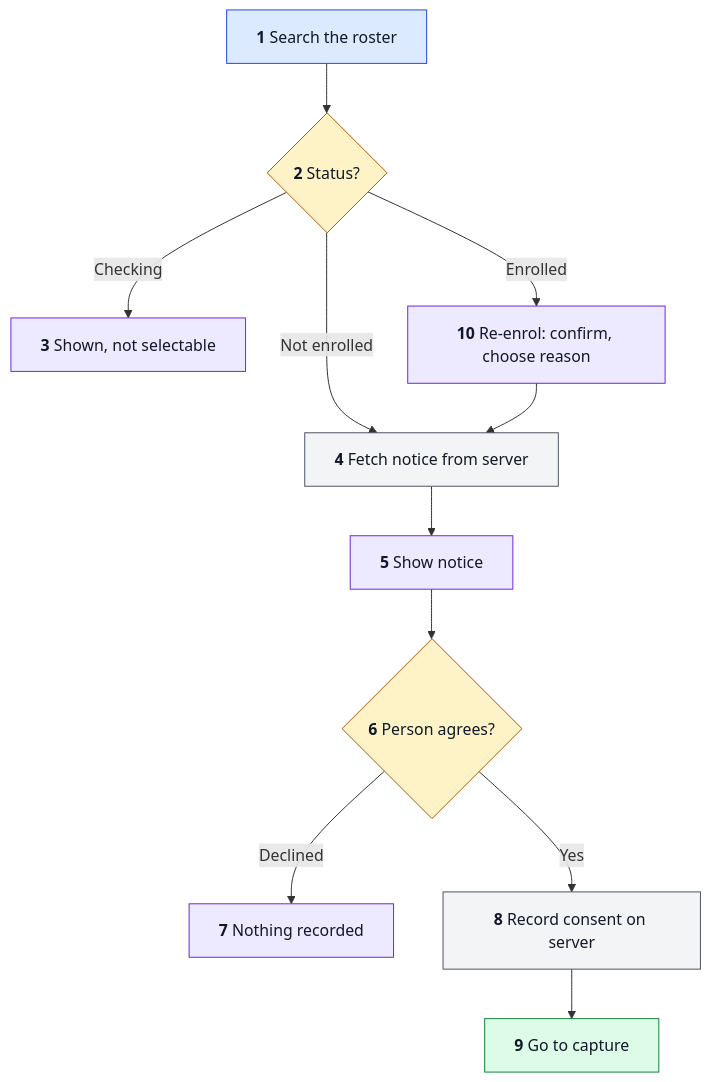
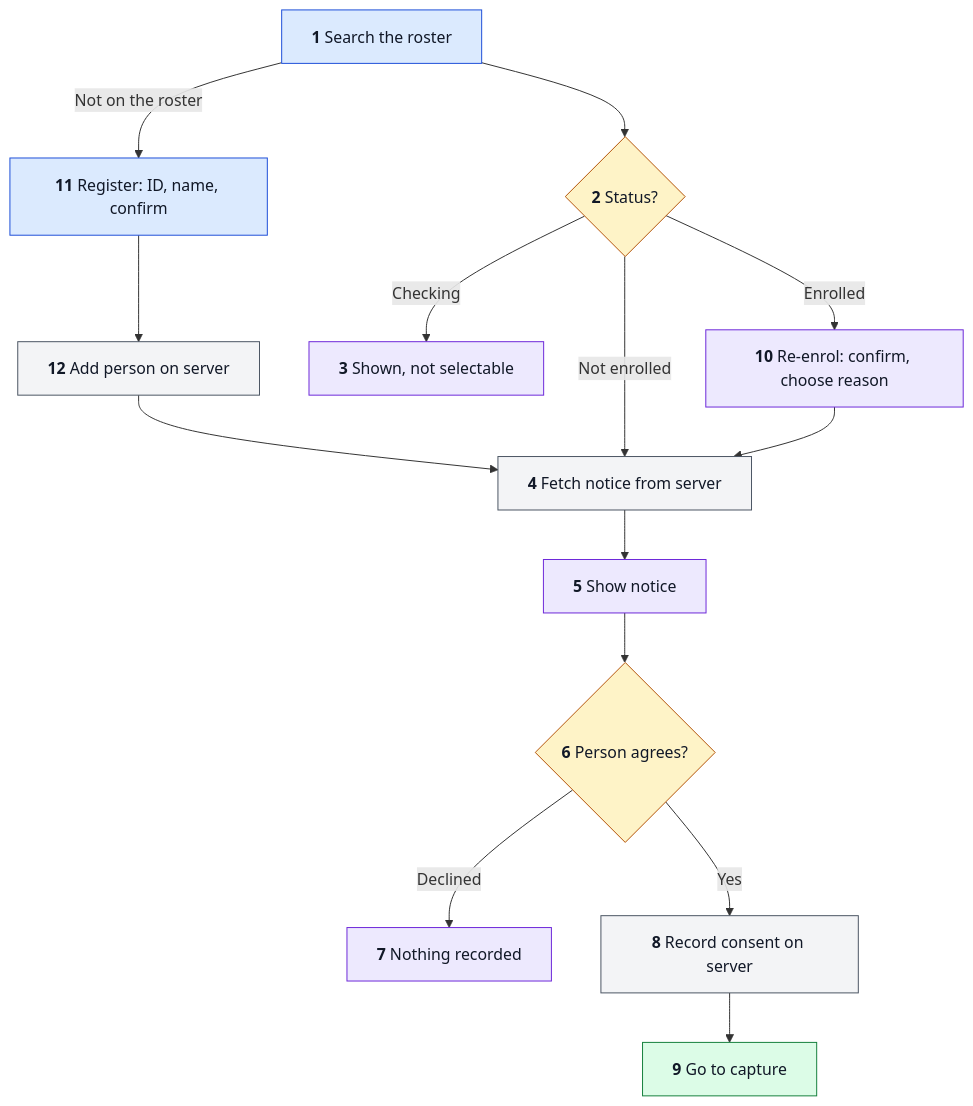
Before and after one commit to hamza-aziz-ai/Face-Dataset-Collector: the second of 5 diagrams in docs/FLOW.md, drawn with Mermaid. The commit also changed other lines of this file and 27 other files, not shown here.

````diff
--- a/docs/FLOW.md
+++ b/docs/FLOW.md
@@ -55,18 +55,21 @@
 ```mermaid
 flowchart TD
     classDef way fill:#dbeafe,stroke:#1d4ed8,color:#111827
     classDef step fill:#dcfce7,stroke:#15803d,color:#111827
     classDef choice fill:#fef3c7,stroke:#b45309,color:#111827
     classDef seen fill:#ede9fe,stroke:#6d28d9,color:#111827
     classDef outside fill:#f3f4f6,stroke:#4b5563,color:#111827
     A["`**1** Search the roster`"]:::way --> B{"`**2** Status?`"}:::choice
+    A -->|Not on the roster| R["`**11** Register: ID, name, confirm`"]:::way
+    R --> S["`**12** Add person on server`"]:::outside
+    S --> D
     B -->|Checking| C["`**3** Shown, not selectable`"]:::seen
     B -->|Not enrolled| D["`**4** Fetch notice from server`"]:::outside
     B -->|Enrolled| K["`**10** Re-enrol: confirm, choose reason`"]:::seen
     K --> D
     D --> E["`**5** Show notice`"]:::seen
     E --> F{"`**6** Person agrees?`"}:::choice
     F -->|Declined| G["`**7** Nothing recorded`"]:::seen
     F -->|Yes| H["`**8** Record consent on server`"]:::outside
     H --> I["`**9** Go to capture`"]:::step
 ```
````
